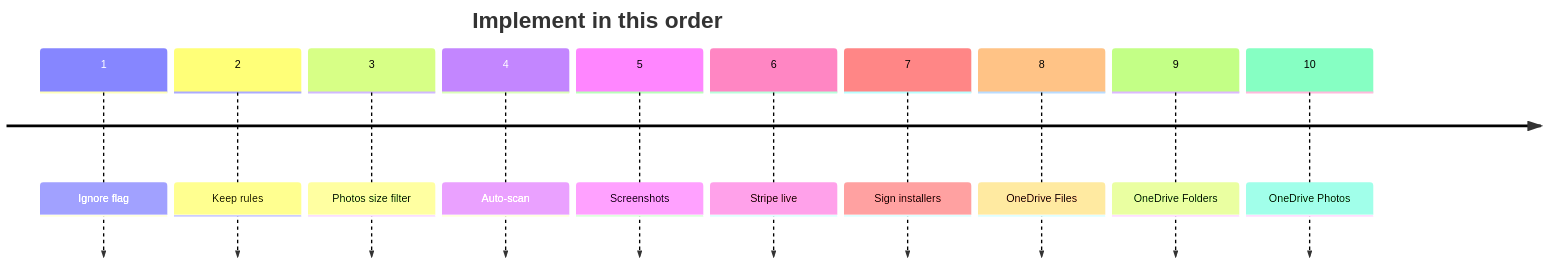
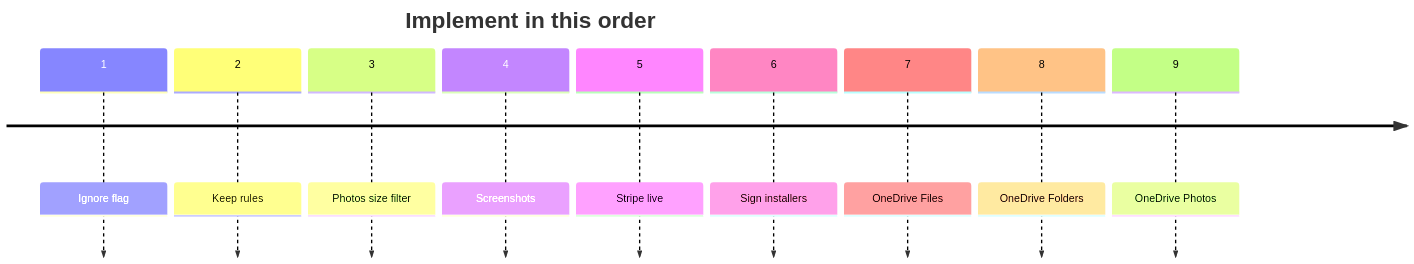
Before and after one commit to SingleUseApps/dupsweep: the diagram in ROADMAP.md, drawn with Mermaid. The commit also changed other lines of this file, not shown here.

First line of the commit message:
Drop Auto-scan from the roadmap, renumber the queue

````diff
--- a/ROADMAP.md
+++ b/ROADMAP.md
@@ -11,14 +11,13 @@
 ```mermaid
 timeline
     title Implement in this order
     1 : Ignore flag
     2 : Keep rules
     3 : Photos size filter
-    4 : Auto-scan
-    5 : Screenshots
-    6 : Stripe live
-    7 : Sign installers
-    8 : OneDrive Files
-    9 : OneDrive Folders
-    10 : OneDrive Photos
+    4 : Screenshots
+    5 : Stripe live
+    6 : Sign installers
+    7 : OneDrive Files
+    8 : OneDrive Folders
+    9 : OneDrive Photos
 ```
````
